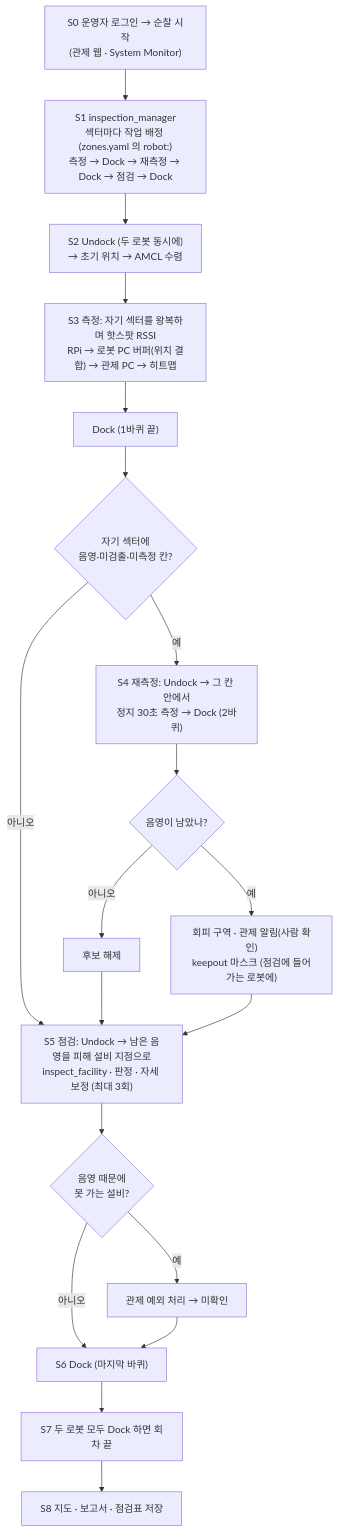
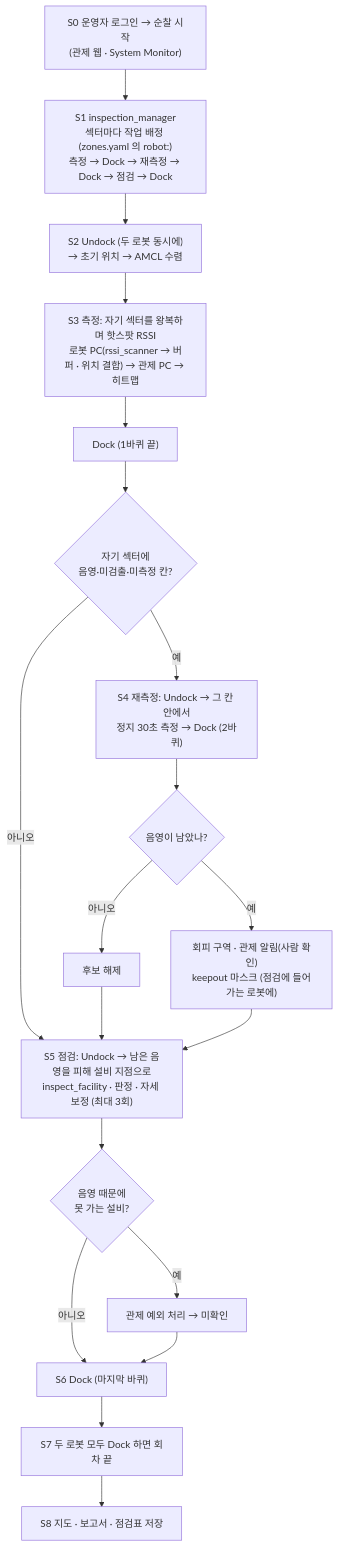
One commit to HJAE99/B_0102_Final_Project-archive changed the first of 4 diagrams in docs/deliverables/process_flow.md. Above: the diagram before and after it, drawn with Mermaid. The commit also changed other lines of this file and 19 other files, not shown here.

First line of the commit message:
docs: RSSI 측정은 로봇 위 로봇 PC 에서 (IF-02·04 는 로봇 PC 안, RPi 는 드라이버만) · 시스템 다이어그램 v2.1 (배치 다시 · 직각 화살표 · 판단을 코드식으로)

````diff
--- a/docs/deliverables/process_flow.md
+++ b/docs/deliverables/process_flow.md
@@ -20,21 +20,21 @@
 ```mermaid
 flowchart TD
   S0["S0 운영자 로그인 → 순찰 시작<br>(관제 웹 · System Monitor)"] --> S1["S1 inspection_manager<br>섹터마다 작업 배정 (zones.yaml 의 robot:)<br>측정 → Dock → 재측정 → Dock → 점검 → Dock"]
   S1 --> S2["S2 Undock (두 로봇 동시에)<br>→ 초기 위치 → AMCL 수렴"]
-  S2 --> S3["S3 측정: 자기 섹터를 왕복하며 핫스팟 RSSI<br>RPi → 로봇 PC 버퍼(위치 결합) → 관제 PC → 히트맵"]
+  S2 --> S3["S3 측정: 자기 섹터를 왕복하며 핫스팟 RSSI<br>로봇 PC(rssi_scanner → 버퍼 · 위치 결합) → 관제 PC → 히트맵"]
   S3 --> D1["Dock (1바퀴 끝)"]
   D1 --> Q1{"자기 섹터에<br>음영·미검출·미측정 칸?"}
   Q1 -- 예 --> S4["S4 재측정: Undock → 그 칸 안에서<br>정지 30초 측정 → Dock (2바퀴)"]
   Q1 -- 아니오 --> S5
   S4 --> Q2{"음영이 남았나?"}
   Q2 -- 아니오 --> R1["후보 해제"]
   Q2 -- 예 --> M1["회피 구역 · 관제 알림(사람 확인)<br>keepout 마스크 (점검에 들어가는 로봇에)"]
   R1 --> S5
   M1 --> S5["S5 점검: Undock → 남은 음영을 피해 설비 지점으로<br>inspect_facility · 판정 · 자세 보정 (최대 3회)"]
   S5 --> Q3{"음영 때문에<br>못 가는 설비?"}
   Q3 -- 예 --> E1["관제 예외 처리 → 미확인"]
   Q3 -- 아니오 --> S6
   E1 --> S6["S6 Dock (마지막 바퀴)"]
   S6 --> S7["S7 두 로봇 모두 Dock 하면 회차 끝"]
   S7 --> S8["S8 지도 · 보고서 · 점검표 저장"]
 ```
````
